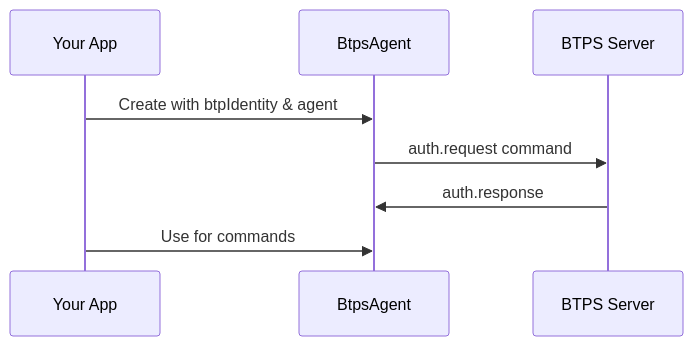
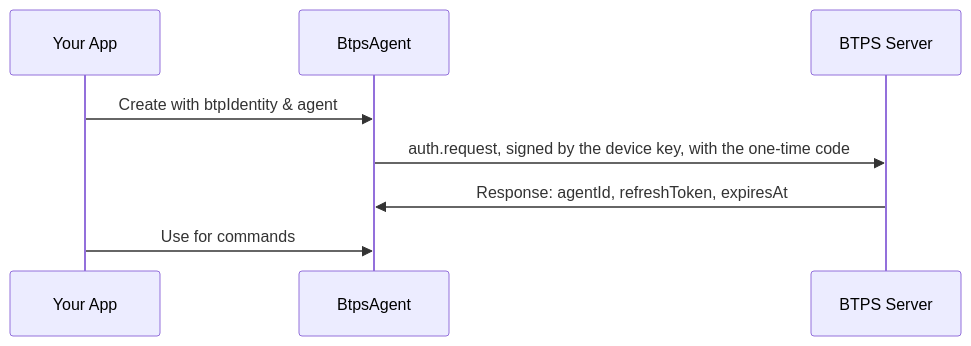
Before and after one commit to openbtps/btps-node: the second of 3 diagrams in docs/docusaurus/docs/getting-started/client/prerequisites.md, drawn with Mermaid. The commit also changed other lines of this file and 26 other files, not shown here.

First line of the commit message:
Docs: bring every diagram in line with 1.1

````diff
--- a/docs/docusaurus/docs/getting-started/client/prerequisites.md
+++ b/docs/docusaurus/docs/getting-started/client/prerequisites.md
@@ -138,11 +138,11 @@
 ```mermaid
 sequenceDiagram
     participant App as Your App
     participant Agent as BtpsAgent
     participant Server as BTPS Server
 
     App->>Agent: Create with btpIdentity & agent
-    Agent->>Server: auth.request command
-    Server->>Agent: auth.response
+    Agent->>Server: auth.request, signed by the device key, with the one-time code
+    Server->>Agent: Response: agentId, refreshToken, expiresAt
     App->>Agent: Use for commands
 ```
````
